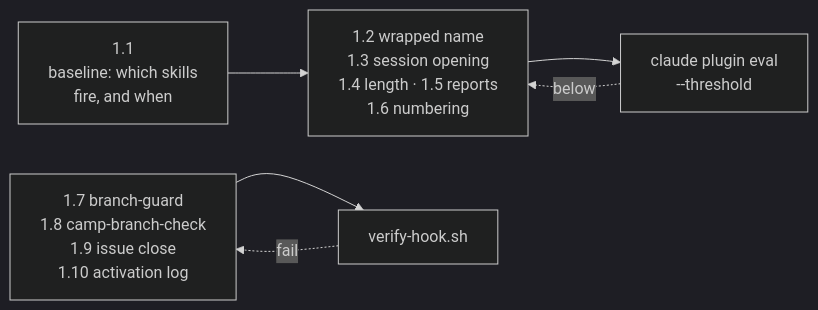
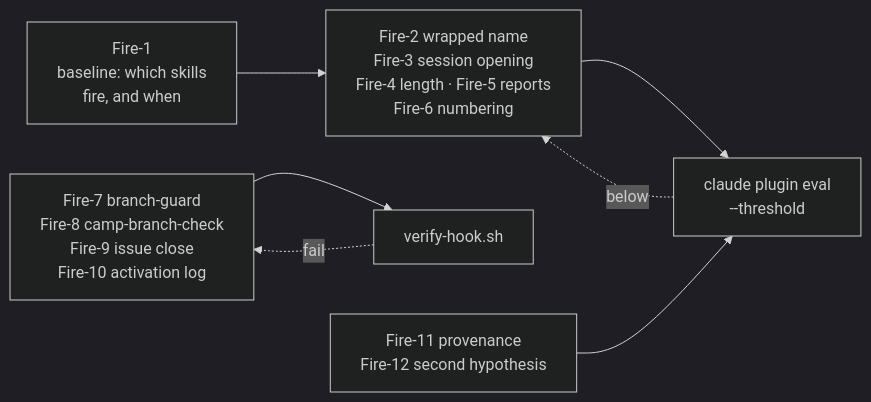
The third of 6 diagrams in docs/arc-work/04-dogfood/issue-plan.md (Calyx-Engineering/arc), drawn with Mermaid (dark theme) before and after one commit. The commit also changed other lines of this file and 2 other files, not shown here.

First line of the commit message:
docs: split the plan from the arc-log, and delete the brief

````diff
--- a/docs/arc-work/04-dogfood/issue-plan.md
+++ b/docs/arc-work/04-dogfood/issue-plan.md
@@ -131,8 +101,9 @@
 ```mermaid
 flowchart LR
-    E["1.1<br/>baseline: which skills<br/>fire, and when"] --> F["1.2 wrapped name<br/>1.3 session opening<br/>1.4 length · 1.5 reports<br/>1.6 numbering"]
+    E["Fire-1<br/>baseline: which skills<br/>fire, and when"] --> F["Fire-2 wrapped name<br/>Fire-3 session opening<br/>Fire-4 length · Fire-5 reports<br/>Fire-6 numbering"]
     F --> T["claude plugin eval<br/>--threshold"]
     T -.->|"below"| F
-    H["1.7 branch-guard<br/>1.8 camp-branch-check<br/>1.9 issue close<br/>1.10 activation log"] --> V["verify-hook.sh"]
+    H["Fire-7 branch-guard<br/>Fire-8 camp-branch-check<br/>Fire-9 issue close<br/>Fire-10 activation log"] --> V["verify-hook.sh"]
     V -.->|"fail"| H
+    P["Fire-11 provenance<br/>Fire-12 second hypothesis"] --> T
 ```
````
